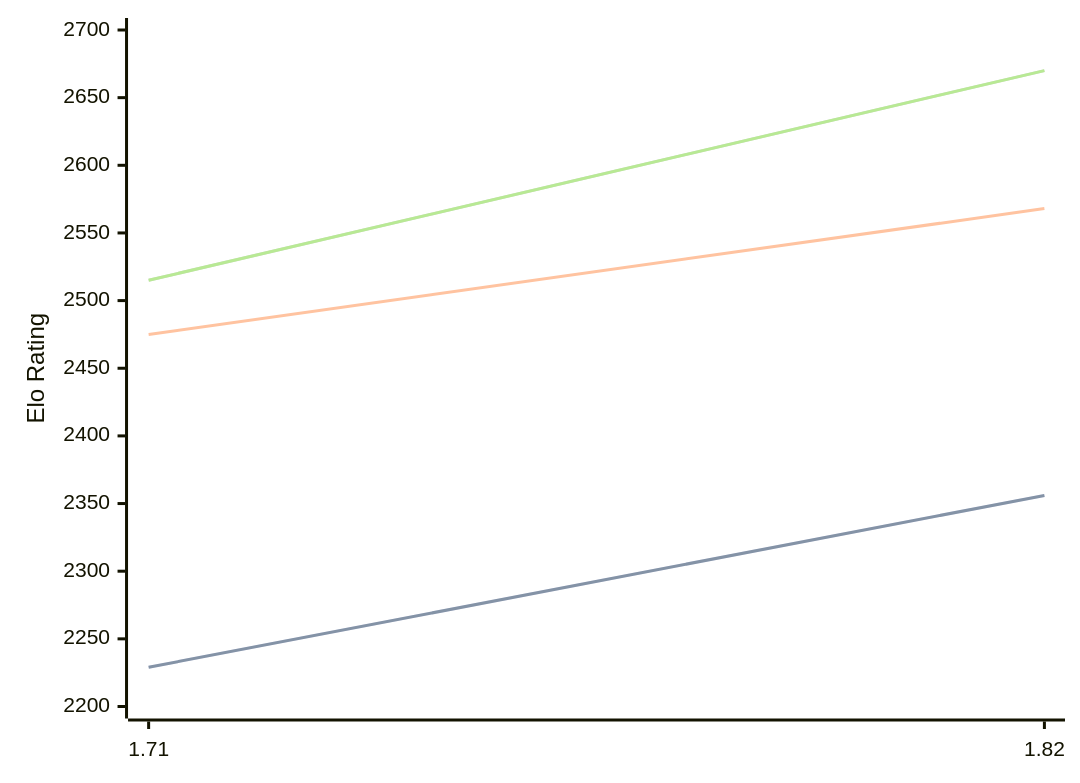
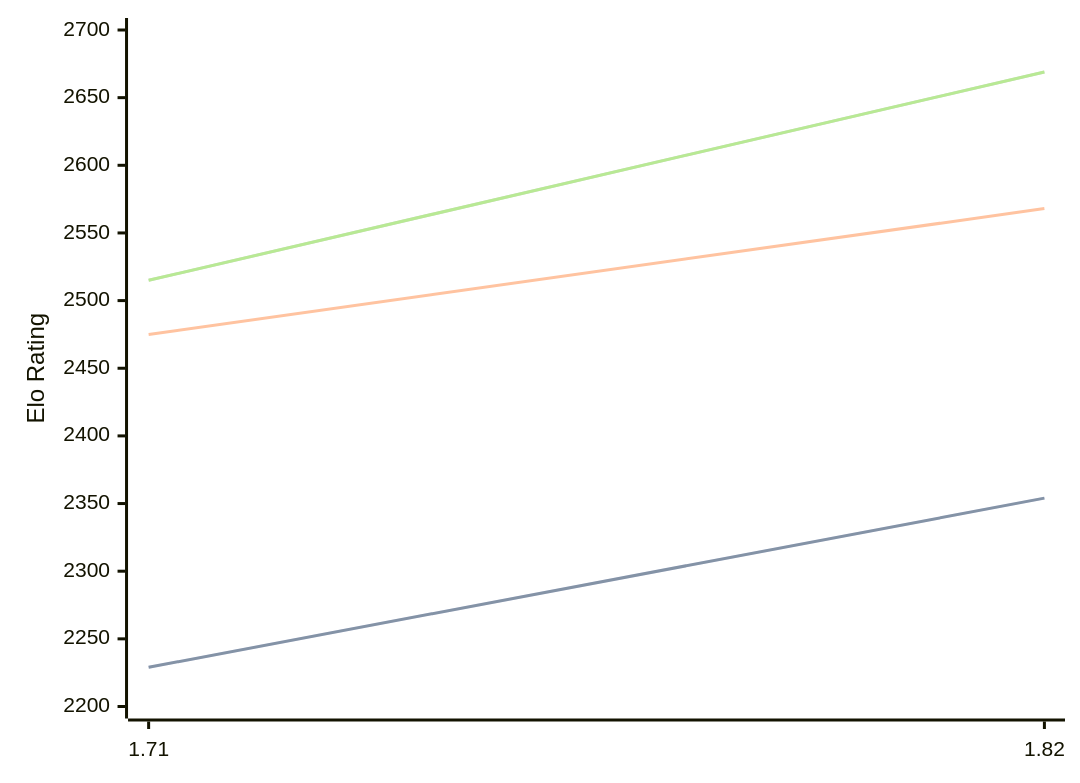
The diagram in engines/Amira.md (computer-chess-index/cci), drawn with Mermaid before and after one commit. The commit also changed other lines of this file, not shown here.

Commit message:
Update CCI Ratings (ELO VLTC) - 2026-03-17

````diff
--- a/engines/Amira.md
+++ b/engines/Amira.md
@@ -33,11 +33,11 @@
 ```mermaid
 %%{init: {"theme":"base","themeVariables":{"seriesColors:['#a3a3a3','#222221','#faa371']}}}%%
 xychart-beta
   x-axis ["1.71", "1.82"]
   y-axis "Elo Rating" 2200 --> 2700
-  line "STC (8.0+0.08s)" [2229, 2356]
-  line "STC (8.0+0.08s)" [2229, 2356]
+  line "STC (8.0+0.08s)" [2229, 2354]
+  line "STC (8.0+0.08s)" [2229, 2354]
   line "LTC (60.0+0.60s)" [2475, 2568]
-  line "VLTC (2m24s+1.12s)" [2515, 2670]
-  line "VLTC (2m24s+1.12s)" [2515, 2670]
+  line "VLTC (2m24s+1.12s)" [2515, 2669]
+  line "VLTC (2m24s+1.12s)" [2515, 2669]
 ```
````
